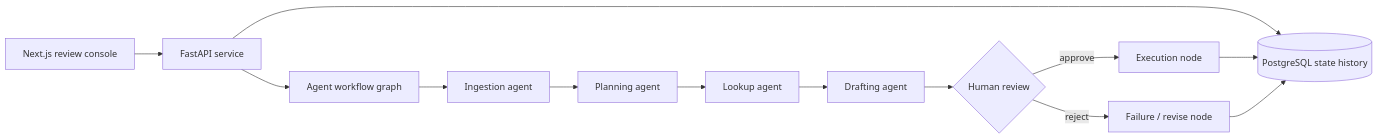
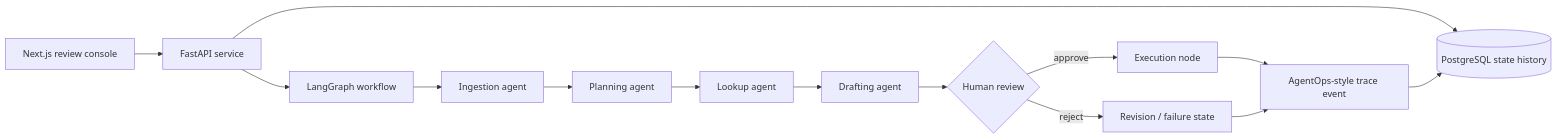
Before and after one commit to aadyasingh55/agentops-support-automator: the diagram in README.md, drawn with Mermaid. The commit also changed other lines of this file and 14 other files, not shown here.

````diff
--- a/README.md
+++ b/README.md
@@ -23,15 +34,16 @@
 ```mermaid
 flowchart LR
   UI[Next.js review console] --> API[FastAPI service]
   API --> DB[(PostgreSQL state history)]
-  API --> G[Agent workflow graph]
+  API --> G[LangGraph workflow]
   G --> I[Ingestion agent]
   I --> P[Planning agent]
   P --> L[Lookup agent]
   L --> D[Drafting agent]
   D --> R{Human review}
   R -->|approve| E[Execution node]
-  R -->|reject| F[Failure / revise node]
-  E --> DB
-  F --> DB
+  R -->|reject| F[Revision / failure state]
+  E --> T[AgentOps-style trace event]
+  F --> T
+  T --> DB
 ```
````
